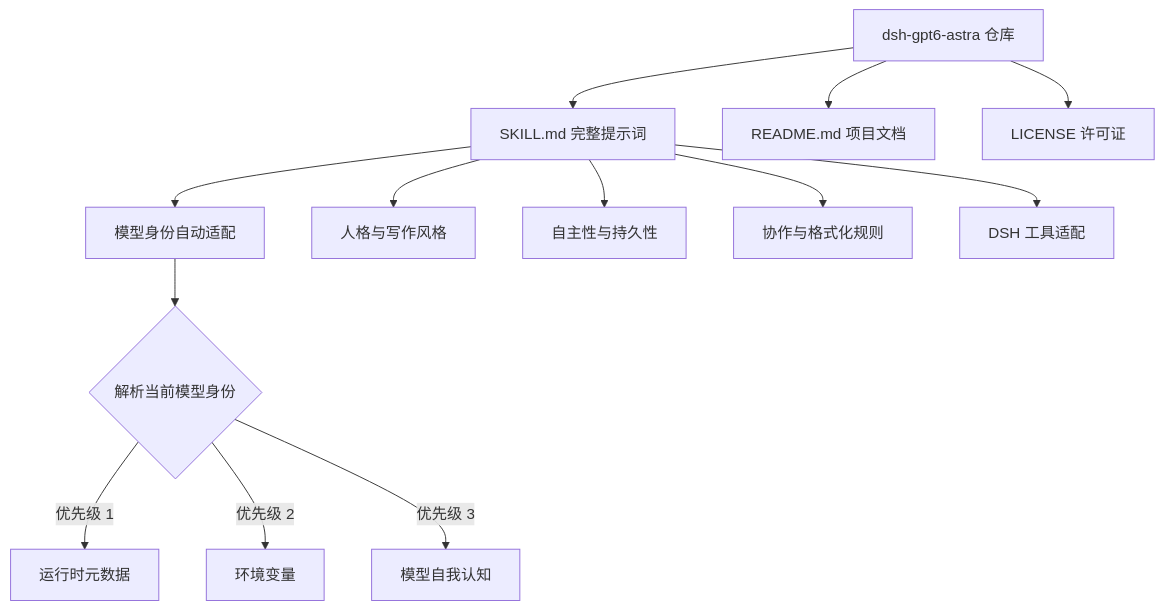
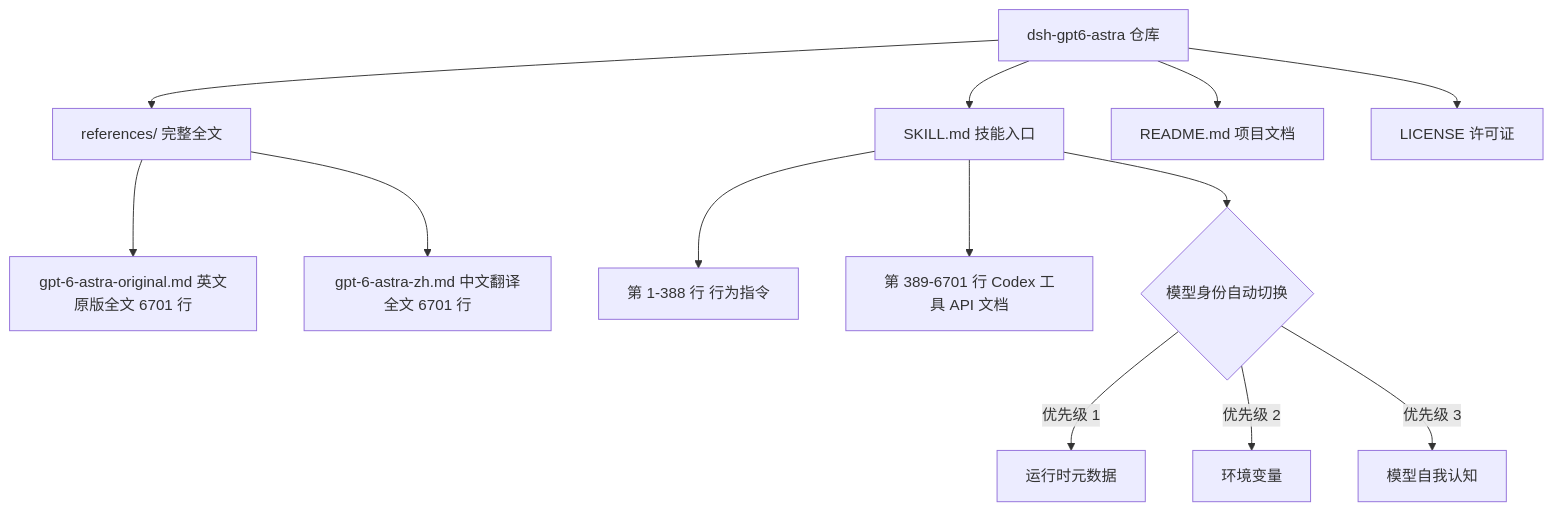
One commit to 199084/dsh-gpt6-astra changed the diagram in README.md. Above: the diagram before and after it, drawn with Mermaid. The commit also changed other lines of this file, not shown here.

````diff
--- a/README.md
+++ b/README.md
@@ -21,15 +23,15 @@
 ```mermaid
 flowchart TD
-    A["dsh-gpt6-astra 仓库"] --> B["SKILL.md 完整提示词"]
+    A["dsh-gpt6-astra 仓库"] --> B["SKILL.md 技能入口"]
+    A --> R["references/ 完整全文"]
     A --> C["README.md 项目文档"]
-    A --> D["LICENSE 许可证"]
-    B --> E["模型身份自动适配"]
-    B --> F["人格与写作风格"]
-    B --> G["自主性与持久性"]
-    B --> H["协作与格式化规则"]
-    B --> I["DSH 工具适配"]
-    E --> J{"解析当前模型身份"}
-    J -->|"优先级 1"| K["运行时元数据"]
-    J -->|"优先级 2"| L["环境变量"]
-    J -->|"优先级 3"| M["模型自我认知"]
+    A --> L["LICENSE 许可证"]
+    R --> E["gpt-6-astra-original.md 英文原版全文 6701 行"]
+    R --> F["gpt-6-astra-zh.md 中文翻译全文 6701 行"]
+    B --> G["第 1-388 行 行为指令"]
+    B --> H["第 389-6701 行 Codex 工具 API 文档"]
+    B --> I{"模型身份自动切换"}
+    I -->|"优先级 1"| J["运行时元数据"]
+    I -->|"优先级 2"| K["环境变量"]
+    I -->|"优先级 3"| M["模型自我认知"]
 ```
````
